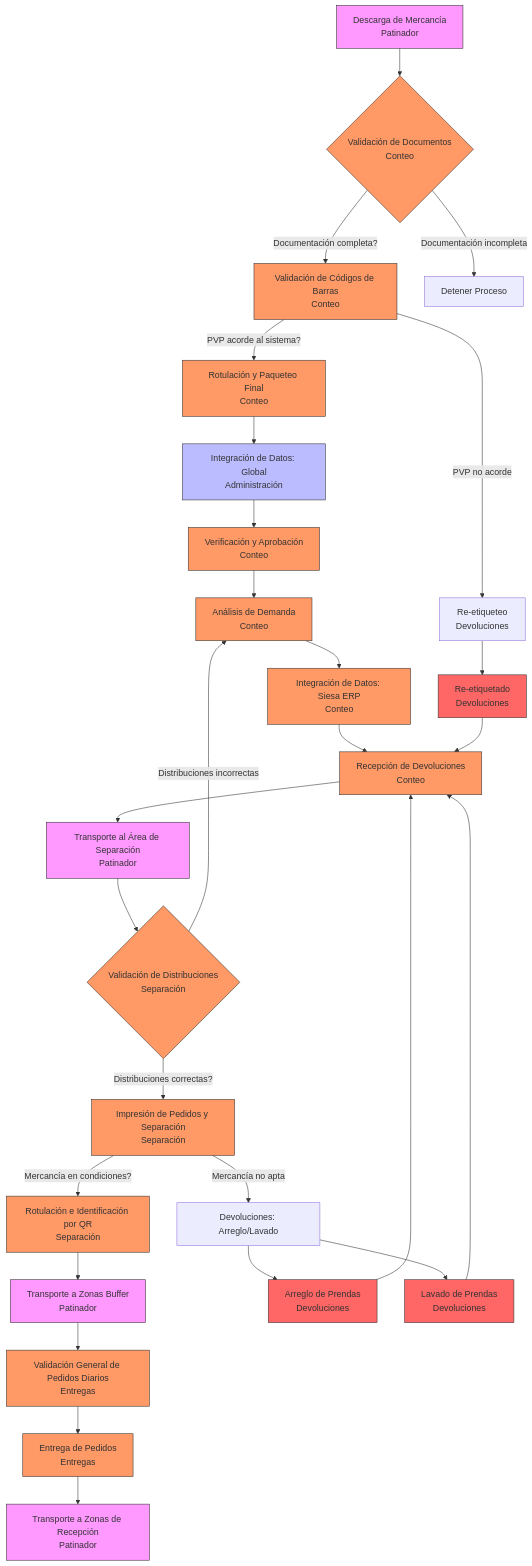
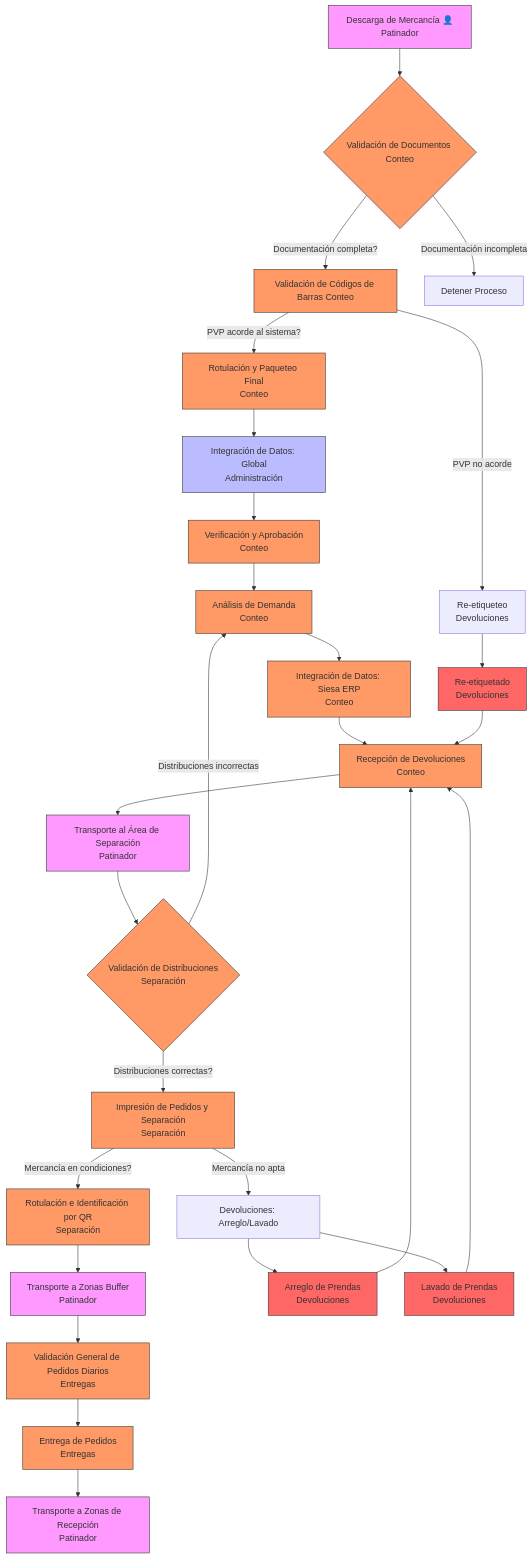
Before and after one commit to andres1-dev/one: the diagram in leonardo/ingresos.mermaid, drawn with Mermaid.

```diff
--- a/leonardo/ingresos.mermaid
+++ b/leonardo/ingresos.mermaid
@@ -1,58 +1,58 @@
 flowchart TD
     %% Proceso de Ingreso
-    A[Descarga de Mercancía\nPatinador] --> B{Validación de Documentos\nConteo}
-    B -->|Documentación completa?| C[Validación de Códigos de Barras\nConteo]
+    A[Descarga de Mercancía 👤Patinador] --> B{Validación de Documentos Conteo}
+    B -->|Documentación completa?| C[Validación de Códigos de Barras Conteo]
     B -->|Documentación incompleta| D[Detener Proceso]
     C -->|PVP acorde al sistema?| E[Rotulación y Paqueteo Final\nConteo]
     C -->|PVP no acorde| F[Re-etiqueteo\nDevoluciones]
 
     %% Proceso de Manejo
     E --> G[Integración de Datos: Global\nAdministración]
     G --> H[Verificación y Aprobación\nConteo]
     H --> I[Análisis de Demanda\nConteo]
     I --> J[Integración de Datos: Siesa ERP\nConteo]
     J --> K[Recepción de Devoluciones\nConteo]
 
     %% Proceso de Separación
     K --> L[Transporte al Área de Separación\nPatinador]
     L --> M{Validación de Distribuciones\nSeparación}
     M -->|Distribuciones correctas?| N[Impresión de Pedidos y Separación\nSeparación]
     M -->|Distribuciones incorrectas| I
     N -->|Mercancía en condiciones?| O[Rotulación e Identificación por QR\nSeparación]
     N -->|Mercancía no apta| P[Devoluciones: Arreglo/Lavado]
     O --> Q[Transporte a Zonas Buffer\nPatinador]
 
     %% Proceso de Entregas
     Q --> R[Validación General de Pedidos Diarios\nEntregas]
     R --> S[Entrega de Pedidos\nEntregas]
     S --> T[Transporte a Zonas de Recepción\nPatinador]
 
     %% Proceso de Devoluciones
     F --> U[Re-etiquetado\nDevoluciones]
     P --> V[Arreglo de Prendas\nDevoluciones]
     P --> W[Lavado de Prendas\nDevoluciones]
     U --> K
     V --> K
     W --> K
 
     %% Estilos
     style A fill:#f9f,stroke:#333
     style B fill:#f96,stroke:#333
     style C fill:#f96,stroke:#333
     style E fill:#f96,stroke:#333
     style G fill:#bbf,stroke:#333
     style H fill:#f96,stroke:#333
     style I fill:#f96,stroke:#333
     style J fill:#f96,stroke:#333
     style K fill:#f96,stroke:#333
     style L fill:#f9f,stroke:#333
     style M fill:#f96,stroke:#333
     style N fill:#f96,stroke:#333
     style O fill:#f96,stroke:#333
     style Q fill:#f9f,stroke:#333
     style R fill:#f96,stroke:#333
     style S fill:#f96,stroke:#333
     style T fill:#f9f,stroke:#333
     style U fill:#f66,stroke:#333
     style V fill:#f66,stroke:#333
     style W fill:#f66,stroke:#333
```
